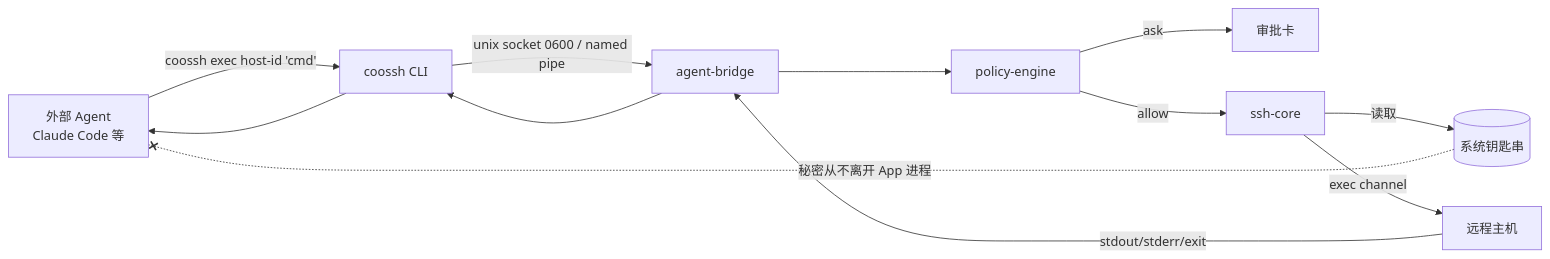
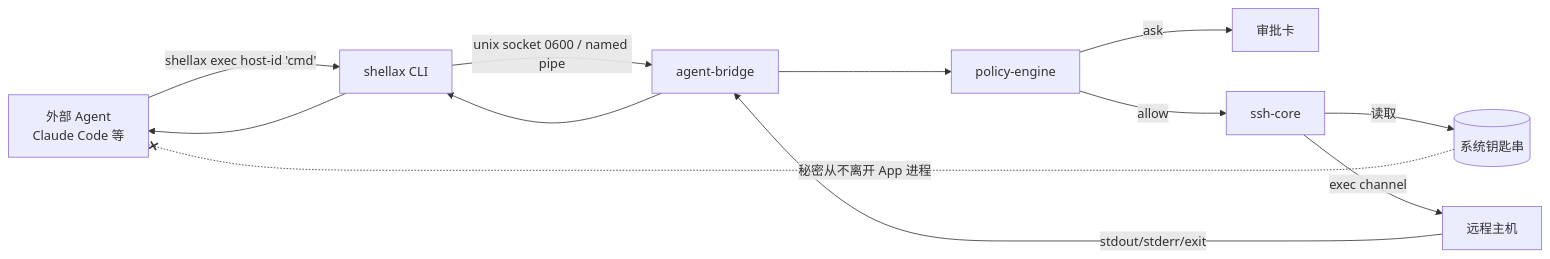
One commit to daxiangme/ShellAX changed the seventh of 8 diagrams in docs/PRD.md. Above: the diagram before and after it, drawn with Mermaid. The commit also changed other lines of this file and 60 other files, not shown here.

Commit message:
Rename product coossh -> ShellAX (binaries shellax/shellax-cli, SHELLAX_ env, ShellAX dirs with coossh/AgentShell migration, keychain + hook legacy names, docs)

````diff
--- a/docs/PRD.md
+++ b/docs/PRD.md
@@ -1217,12 +1217,12 @@
 ```mermaid
 flowchart LR
-  AG[外部 Agent<br/>Claude Code 等] -->|coossh exec host-id 'cmd'| CLI[coossh CLI]
+  AG[外部 Agent<br/>Claude Code 等] -->|shellax exec host-id 'cmd'| CLI[shellax CLI]
   CLI -->|unix socket 0600 / named pipe| BR[agent-bridge]
   BR --> POL[policy-engine]
   POL -->|ask| CARD[审批卡]
   POL -->|allow| SSH[ssh-core]
   SSH -->|读取| KC[(系统钥匙串)]
   SSH -->|exec channel| H[远程主机]
   H -->|stdout/stderr/exit| BR --> CLI --> AG
   KC -. 秘密从不离开 App 进程 .-x AG
 ```
````
